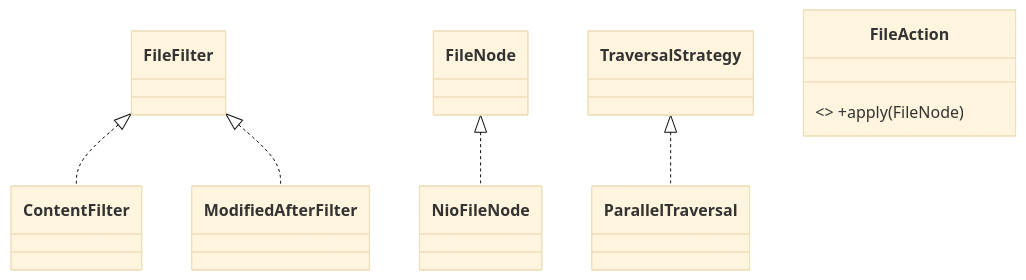
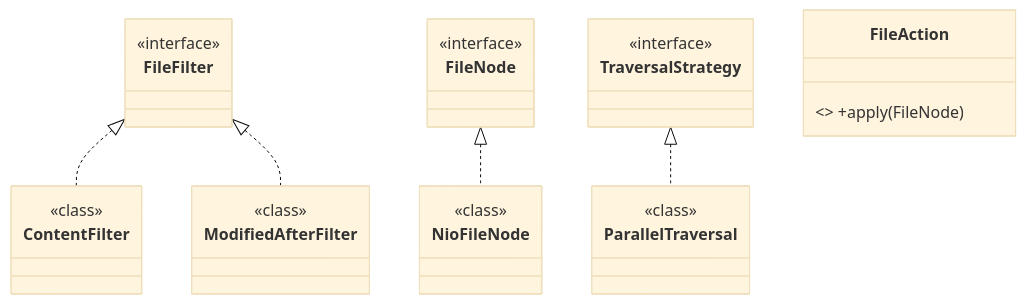
One commit to amarkum/amarkumar.guru changed the third of 3 diagrams in system-design/lld/03-file-search.md. Above: the diagram before and after it, drawn with Mermaid (base theme). The commit also changed other lines of this file and 27 other files, not shown here.

Commit message:
Label every UML type as interface, enumeration, abstract, record or class, add missing enums, and colour-code them.

````diff
--- a/system-design/lld/03-file-search.md
+++ b/system-design/lld/03-file-search.md
@@ -278,8 +302,29 @@
 ```mermaid
 classDiagram
     FileFilter <|.. ContentFilter
     FileFilter <|.. ModifiedAfterFilter
     FileNode <|.. NioFileNode
     TraversalStrategy <|.. ParallelTraversal
     class FileAction { <<interface>> +apply(FileNode) }
+    class FileFilter {
+      <<interface>>
+    }
+    class ContentFilter {
+      <<class>>
+    }
+    class FileNode {
+      <<interface>>
+    }
+    class NioFileNode {
+      <<class>>
+    }
+    class TraversalStrategy {
+      <<interface>>
+    }
+    class ParallelTraversal {
+      <<class>>
+    }
+    class ModifiedAfterFilter {
+      <<class>>
+    }
 ```
````
